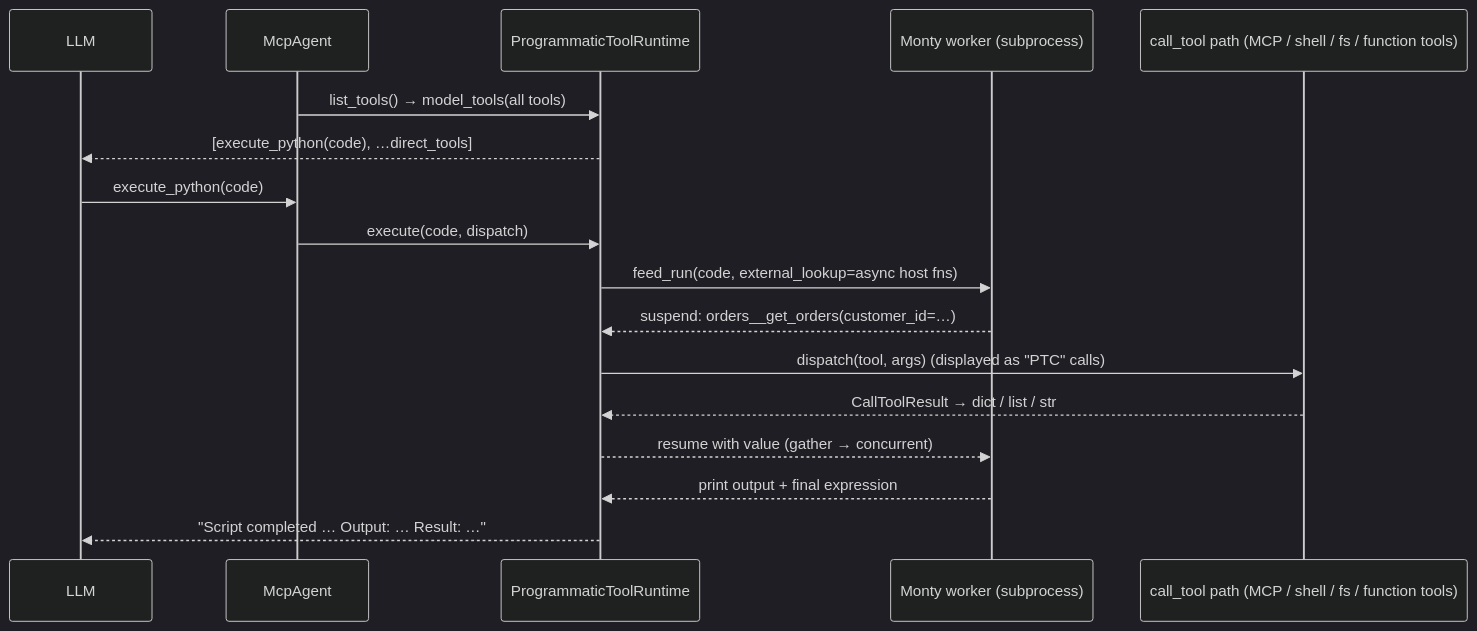
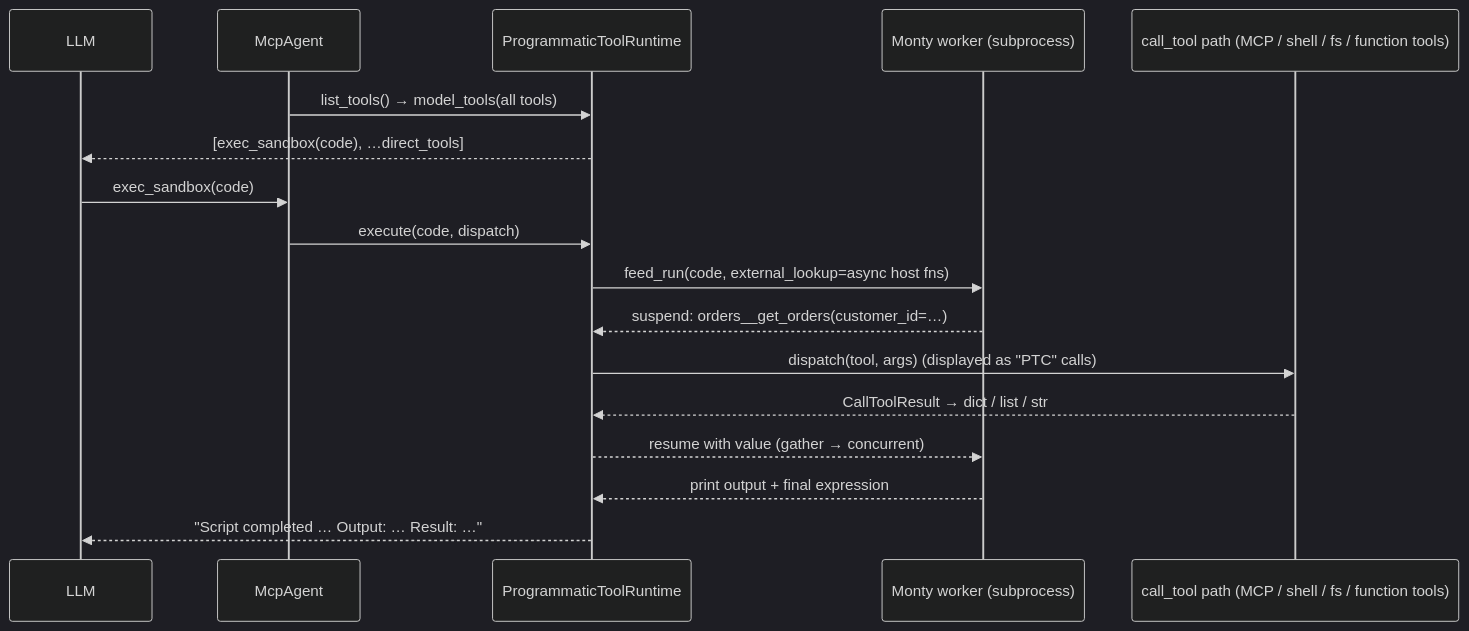
One commit to evalstate/fast-agent changed the diagram in plan/programmatic-tool-calling.md. Above: the diagram before and after it, drawn with Mermaid (dark theme). The commit also changed other lines of this file and 17 other files, not shown here.

````diff
--- a/plan/programmatic-tool-calling.md
+++ b/plan/programmatic-tool-calling.md
@@ -24,19 +32,19 @@
 ```mermaid
 sequenceDiagram
     participant LLM
     participant Agent as McpAgent
     participant PTC as ProgrammaticToolRuntime
     participant Monty as Monty worker (subprocess)
     participant Tools as call_tool path (MCP / shell / fs / function tools)
     Agent->>PTC: list_tools() → model_tools(all tools)
-    PTC-->>LLM: [execute_python(code), …direct_tools]
-    LLM->>Agent: execute_python(code)
+    PTC-->>LLM: [exec_sandbox(code), …direct_tools]
+    LLM->>Agent: exec_sandbox(code)
     Agent->>PTC: execute(code, dispatch)
     PTC->>Monty: feed_run(code, external_lookup=async host fns)
     Monty-->>PTC: suspend: orders__get_orders(customer_id=…)
     PTC->>Tools: dispatch(tool, args) (displayed as "PTC" calls)
     Tools-->>PTC: CallToolResult → dict / list / str
     PTC-->>Monty: resume with value (gather → concurrent)
     Monty-->>PTC: print output + final expression
     PTC-->>LLM: "Script completed … Output: … Result: …"
 ```
````
